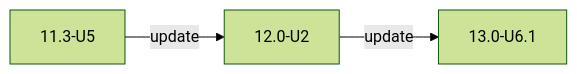
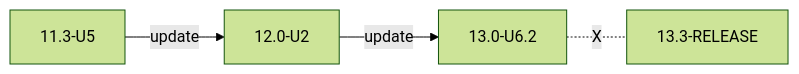
The second of 2 diagrams in static/includes/COREUpgradePaths.md (truenas/documentation), drawn with Mermaid (forest theme) before and after one commit. The commit also changed other lines of this file and 1 other file, not shown here.

First line of the commit message:
13.3-RELEASE updates (cont)

```diff
--- a/static/includes/COREUpgradePaths.md
+++ b/static/includes/COREUpgradePaths.md
@@ -21,5 +21,6 @@
       {{< mermaid class="mermaid_sizing" >}}
       flowchart LR
       A["11.3-U5"] -->|update| B["12.0-U2"]
-      B -->|update| C["13.0-U6.1"]
+      B -->|update| C["13.0-U6.2"]
+	  C -.-|X| D["13.3-RELEASE"]
       {{< /mermaid >}}
```
